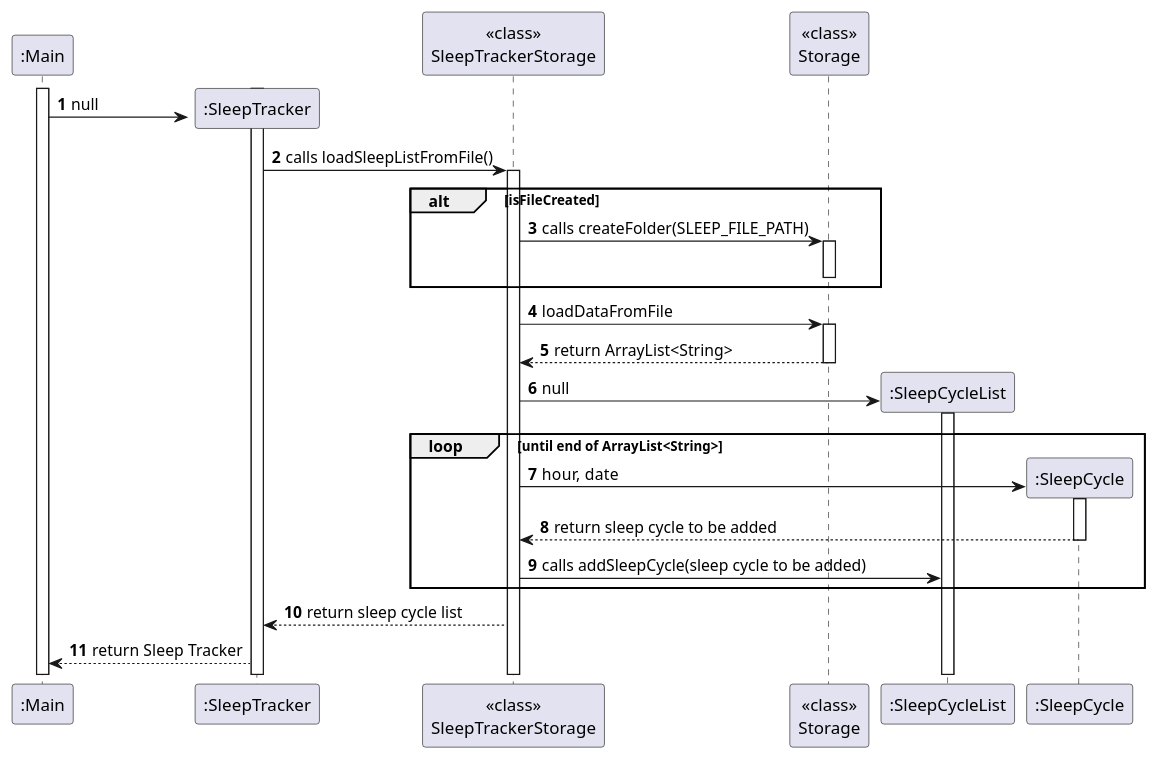
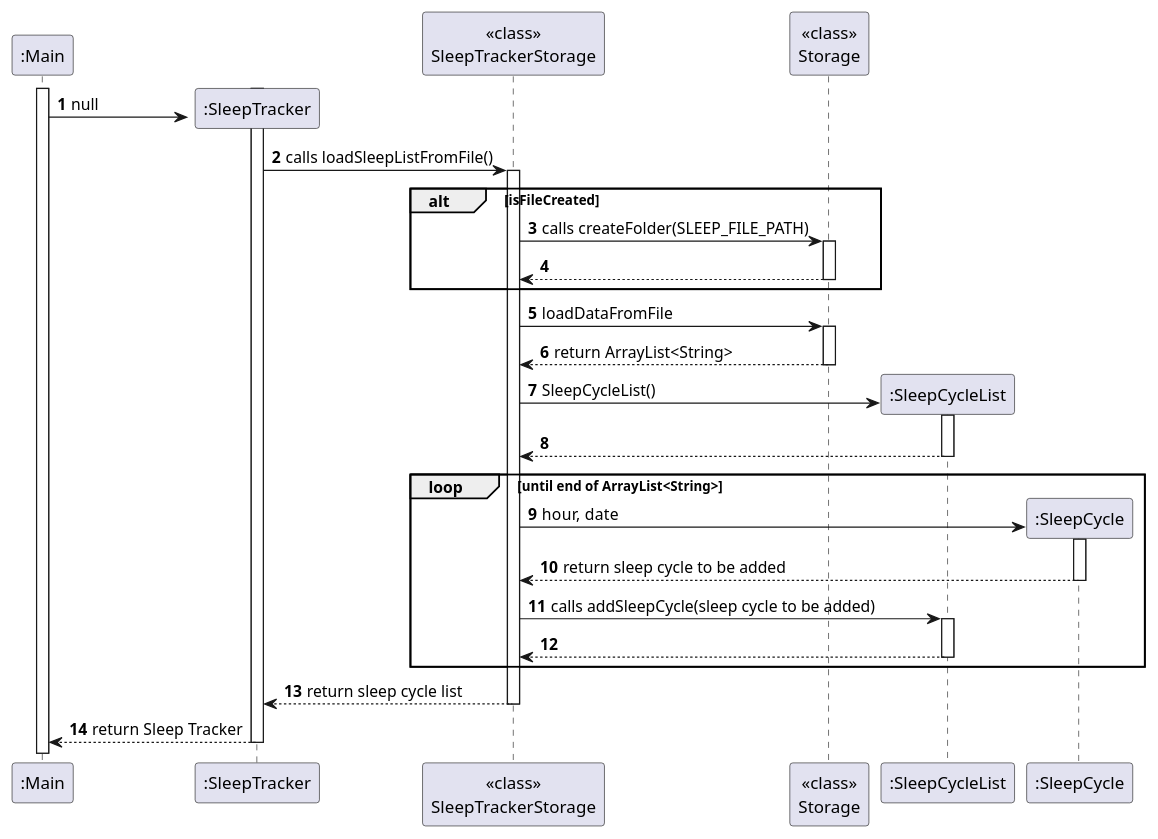
The diagram in docs/diagrams/storage/StorageSequenceDiagramSleep.puml (AY2324S2-CS2113-T11-1/tp), drawn with PlantUML before and after one commit. The commit also changed 3 other files, not shown here.

Commit message:
Edit sequence diagram for Storage component

```diff
--- a/docs/diagrams/storage/StorageSequenceDiagramSleep.puml
+++ b/docs/diagrams/storage/StorageSequenceDiagramSleep.puml
@@ -1,45 +1,50 @@
 @startuml
 'https://plantuml.com/sequence-diagram
 
 autonumber
 
 participant ":Main" as Main
 participant ":SleepTracker" as SleepTracker
 participant "<<class>>\nSleepTrackerStorage" as SleepTrackerStorage
 participant "<<class>>\nStorage" as Storage
 participant ":SleepCycleList" as SleepCycleList
 participant ":SleepCycle" as SleepCycle
 
 activate Main
 Create SleepTracker
 activate SleepTracker
 Main -> SleepTracker: null
 SleepTracker -> SleepTrackerStorage: calls loadSleepListFromFile()
 activate SleepTrackerStorage
 alt isFileCreated
     SleepTrackerStorage -> Storage: calls createFolder(SLEEP_FILE_PATH)
     activate Storage
+    Storage --> SleepTrackerStorage
     deactivate Storage
 end
 SleepTrackerStorage -> Storage: loadDataFromFile
 activate Storage
 Storage --> SleepTrackerStorage: return ArrayList<String>
 deactivate Storage
 Create SleepCycleList
-SleepTrackerStorage -> SleepCycleList: null
+SleepTrackerStorage -> SleepCycleList: SleepCycleList()
 activate SleepCycleList
+SleepCycleList --> SleepTrackerStorage
+deactivate SleepCycleList
 loop until end of ArrayList<String>
 Create SleepCycle
 SleepTrackerStorage -> SleepCycle: hour, date
 activate SleepCycle
 SleepCycle --> SleepTrackerStorage: return sleep cycle to be added
 deactivate SleepCycle
 SleepTrackerStorage -> SleepCycleList: calls addSleepCycle(sleep cycle to be added)
+activate SleepCycleList
+SleepCycleList --> SleepTrackerStorage
+deactivate SleepCycleList
 end
 
 SleepTrackerStorage --> SleepTracker: return sleep cycle list
+deactivate SleepTrackerStorage
 SleepTracker --> Main: return Sleep Tracker
-
-
-
+deactivate SleepTracker
 @enduml
```
